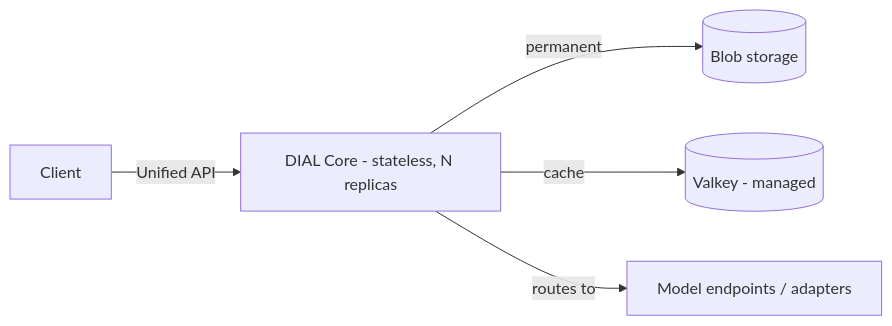
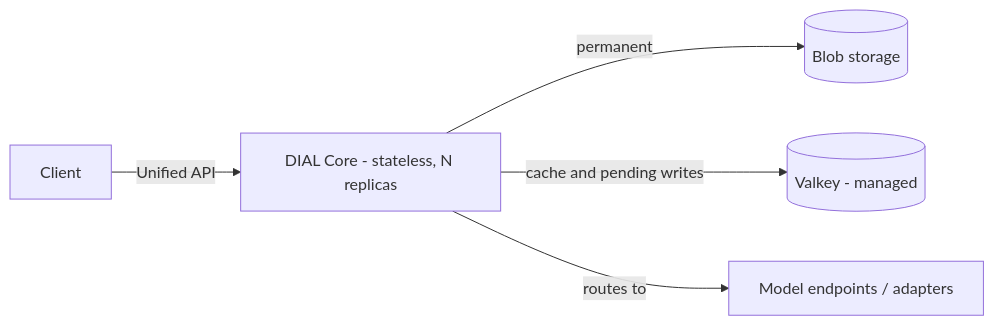
The diagram in docs_v2/4.operating-dial/7.production-readiness/0.index.md (epam/ai-dial), drawn with Mermaid before and after one commit. The commit also changed other lines of this file and 56 other files, not shown here.

Commit message:
docs: clarify DIAL architecture and adoption trade-offs

````diff
--- a/docs_v2/4.operating-dial/7.production-readiness/0.index.md
+++ b/docs_v2/4.operating-dial/7.production-readiness/0.index.md
@@ -22,7 +22,7 @@
 ```mermaid
 flowchart LR
   Client -->|Unified API| Core[DIAL Core - stateless, N replicas]
   Core -->|permanent| Blob[(Blob storage)]
-  Core -->|cache| Valkey[(Valkey - managed)]
+  Core -->|cache and pending writes| Valkey[(Valkey - managed)]
   Core -->|routes to| Models[Model endpoints / adapters]
 ```
````
